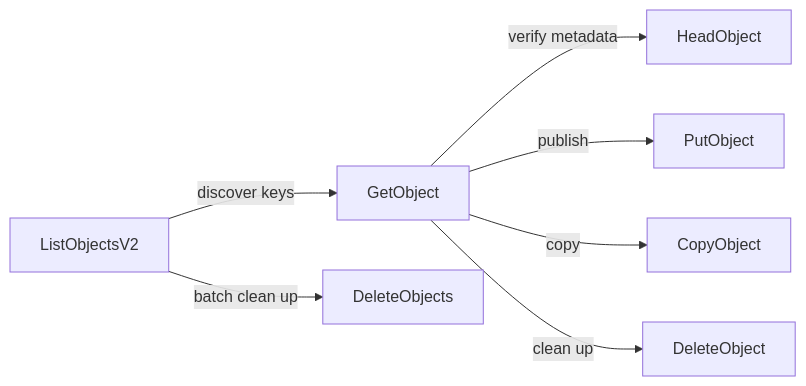
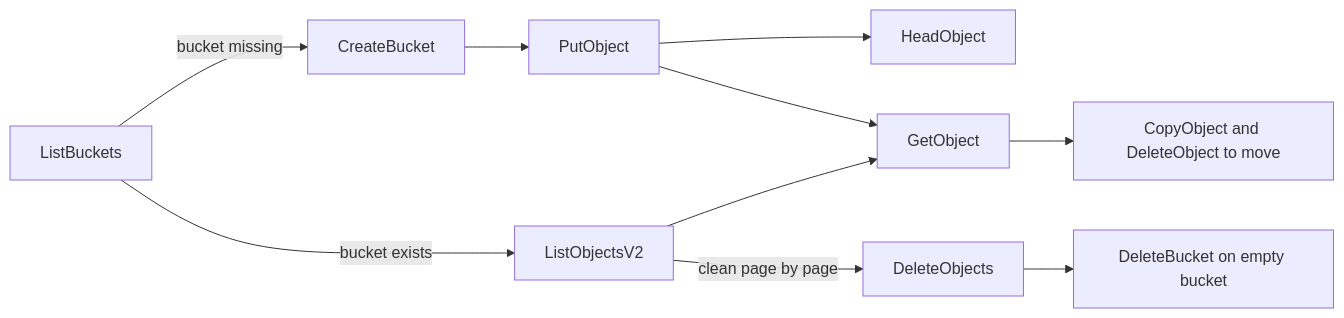
One commit to galichandrey/cloud-ru-ai-agents-skills changed the diagram in README.md. Above: the diagram before and after it, drawn with Mermaid. The commit also changed other lines of this file and 1 other file, not shown here.

````diff
--- a/README.md
+++ b/README.md
@@ -42,9 +61,12 @@
 ```mermaid
 flowchart LR
-    A[ListObjectsV2] -->|discover keys| B[GetObject]
-    B -->|verify metadata| C[HeadObject]
-    B -->|publish| D[PutObject]
-    B -->|copy| E[CopyObject]
-    B -->|clean up| F[DeleteObject]
-    A -->|batch clean up| G[DeleteObjects]
+    LB[ListBuckets] -->|bucket missing| CB[CreateBucket]
+    CB --> PO[PutObject]
+    LB -->|bucket exists| LO[ListObjectsV2]
+    PO --> HD[HeadObject]
+    PO --> GO[GetObject]
+    GO --> CO[CopyObject and DeleteObject to move]
+    LO --> GO
+    LO -->|clean page by page| DO[DeleteObjects]
+    DO --> DB[DeleteBucket on empty bucket]
 ```
````
